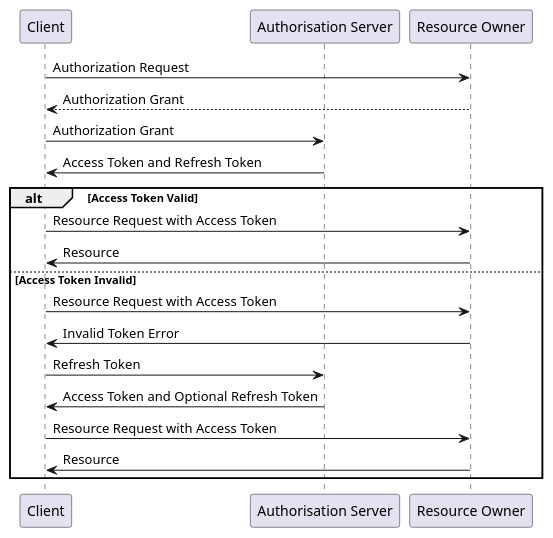
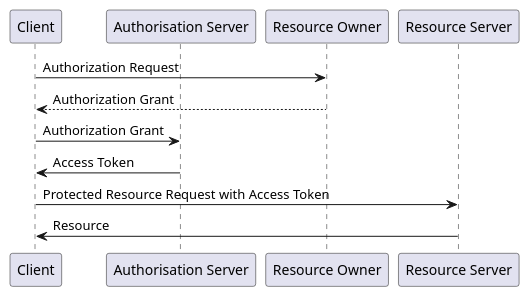
One commit to JamesCollerton/PlantUML-Diagrams changed the diagram in OAuth-Basic-Protocol.puml. Above: the diagram before and after it, drawn with PlantUML. The commit also changed 3 other files, not shown here.

```diff
--- a/OAuth-Basic-Protocol.puml
+++ b/OAuth-Basic-Protocol.puml
@@ -1,31 +1,17 @@
 @startuml
 
 participant "Client" as client
 participant "Authorisation Server" as authorisation_server
 participant "Resource Owner" as resource_owner
+participant "Resource Server" as resource_server
 
 client -> resource_owner: Authorization Request
 resource_owner --> client: Authorization Grant
 
 client -> authorisation_server: Authorization Grant
-authorisation_server -> client: Access Token and Refresh Token
+authorisation_server -> client: Access Token
 
-alt Access Token Valid
-
-client -> resource_owner: Resource Request with Access Token
-resource_owner -> client: Resource
-
-else Access Token Invalid
-
-client -> resource_owner: Resource Request with Access Token
-resource_owner -> client: Invalid Token Error
-
-client -> authorisation_server: Refresh Token
-authorisation_server -> client: Access Token and Optional Refresh Token
-
-client -> resource_owner: Resource Request with Access Token
-resource_owner -> client: Resource
-
-end
+client -> resource_server: Protected Resource Request with Access Token
+resource_server -> client: Resource
 
 @enduml
```
